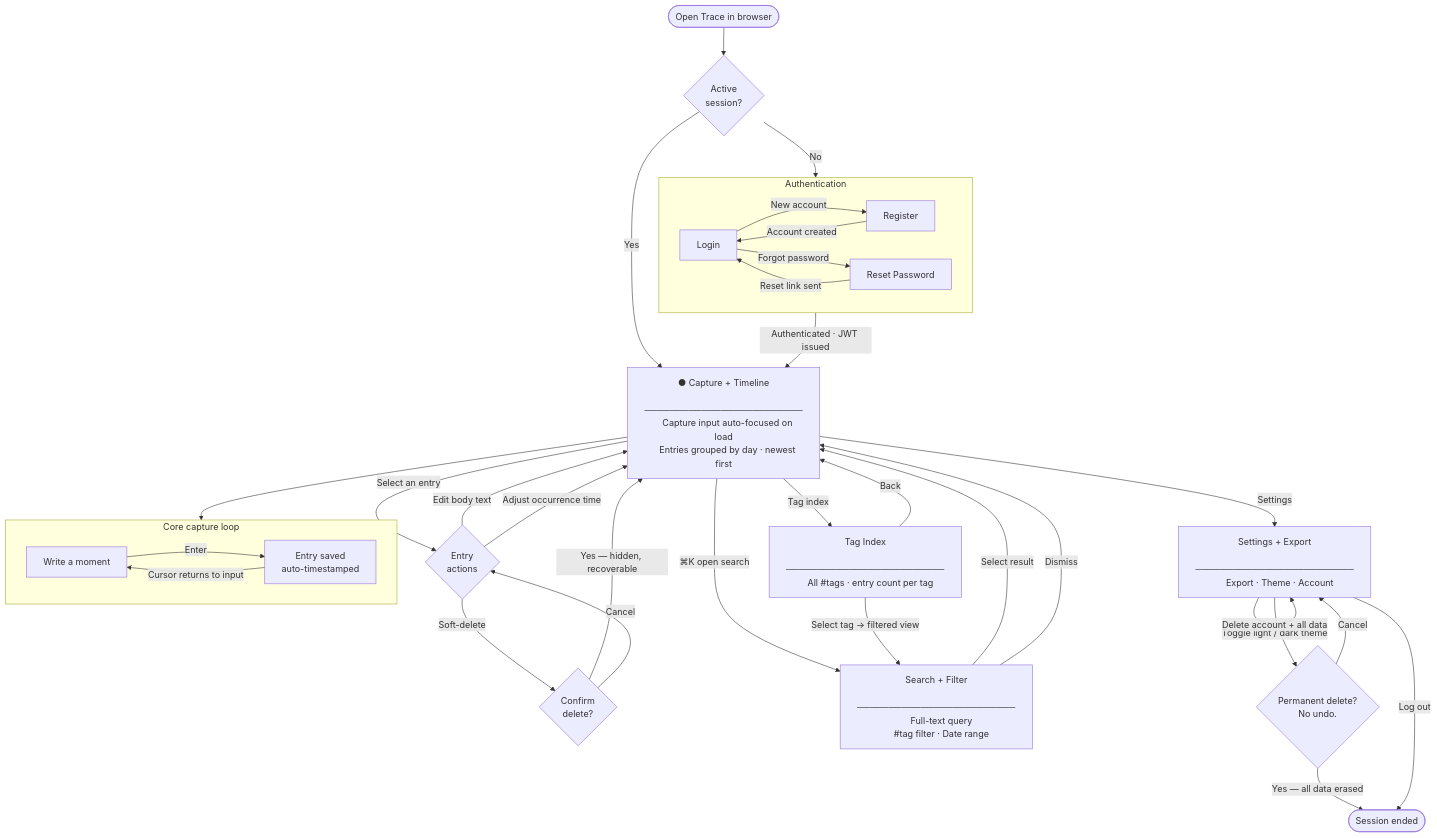
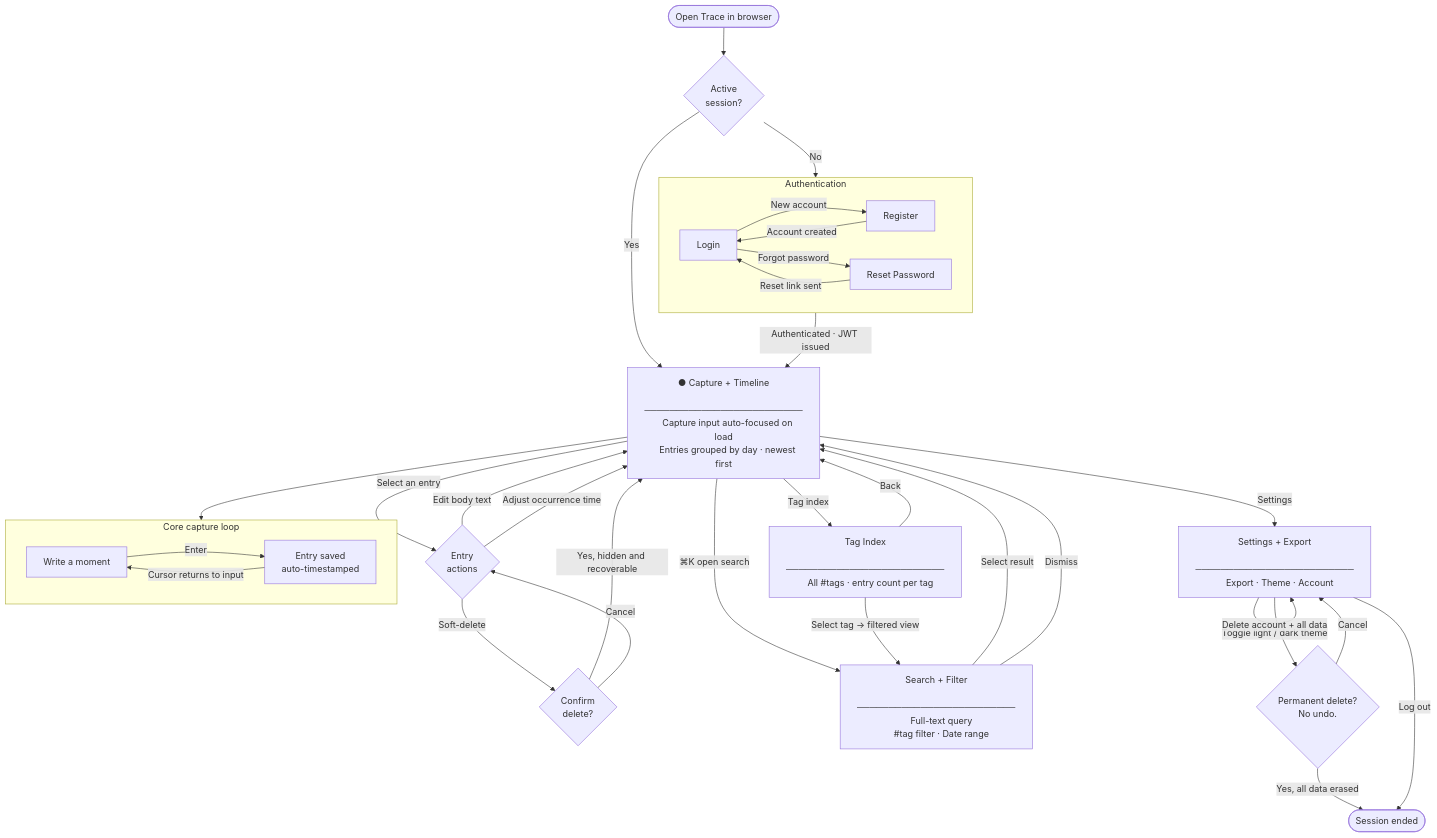
Before and after one commit to ahmedmshazly/trace-app: the diagram in docs/diagrams/trace-user-flow.mermaid, drawn with Mermaid. The commit also changed 78 other files, not shown here.

```diff
--- a/docs/diagrams/trace-user-flow.mermaid
+++ b/docs/diagrams/trace-user-flow.mermaid
@@ -1,88 +1,88 @@
-%%  Trace — V1 User Flow
+%%  Trace V1 user flow
 %%  Scope: every user journey from browser open to session end.
 %%  Read with: mermaid.live · VS Code Mermaid Preview · GitHub markdown
 
 flowchart TD
 
     %% ── Entry point ─────────────────────────────────────────────────────────
     START([Open Trace in browser]) --> SESS{Active\nsession?}
 
     SESS -->|Yes| HOME
     SESS -->|No| LOGIN
 
     %% ── Authentication zone ─────────────────────────────────────────────────
     subgraph AUTHZONE[" Authentication "]
         direction LR
         LOGIN[Login]
         REGISTER[Register]
         RESETPW[Reset Password]
 
         LOGIN     -->|New account| REGISTER
         REGISTER  -->|Account created| LOGIN
         LOGIN     -->|Forgot password| RESETPW
         RESETPW   -->|Reset link sent| LOGIN
     end
 
     LOGIN -->|Authenticated · JWT issued| HOME
 
     %% ── Core screen ─────────────────────────────────────────────────────────
     HOME["● Capture + Timeline
     ─────────────────────────
     Capture input auto-focused on load
     Entries grouped by day · newest first"]
 
     %% ── Core capture loop ───────────────────────────────────────────────────
     subgraph CORELOOP[" Core capture loop "]
         direction LR
         TYPE["Write a moment"]
         COMMIT["Entry saved
         auto-timestamped"]
         TYPE   -->|"Enter"| COMMIT
         COMMIT -->|"Cursor returns to input"| TYPE
     end
 
     HOME --> TYPE
 
     %% ── Entry actions ───────────────────────────────────────────────────────
     HOME -->|Select an entry| EACT{Entry\nactions}
 
     EACT -->|Edit body text| HOME
     EACT -->|Adjust occurrence time| HOME
     EACT -->|Soft-delete| SDCFM{Confirm\ndelete?}
 
-    SDCFM -->|"Yes — hidden, recoverable"| HOME
+    SDCFM -->|"Yes, hidden and recoverable"| HOME
     SDCFM -->|Cancel| EACT
 
     %% ── Search & filter ─────────────────────────────────────────────────────
     HOME -->|"⌘K  open search"| SEARCH["Search + Filter
     ─────────────────────────
     Full-text query
     #tag filter · Date range"]
 
     SEARCH -->|Select result| HOME
     SEARCH -->|Dismiss| HOME
 
     %% ── Tag index ───────────────────────────────────────────────────────────
     HOME -->|Tag index| TAGIDX["Tag Index
     ─────────────────────────
     All #tags · entry count per tag"]
 
     TAGIDX -->|"Select tag → filtered view"| SEARCH
     TAGIDX -->|Back| HOME
 
     %% ── Settings + export ───────────────────────────────────────────────────
     HOME -->|Settings| SETT["Settings + Export
     ─────────────────────────
     Export · Theme · Account"]
 
     SETT -->|"Export corpus → Markdown or JSON"| SETT
     SETT -->|Toggle light / dark theme| SETT
     SETT -->|Delete account + all data| DELCFM{"Permanent delete?
     No undo."}
 
-    DELCFM -->|"Yes — all data erased"| END
+    DELCFM -->|"Yes, all data erased"| END
     DELCFM -->|Cancel| SETT
     SETT -->|Log out| END
 
     %% ── Terminus ────────────────────────────────────────────────────────────
     END(["Session ended"])
```
